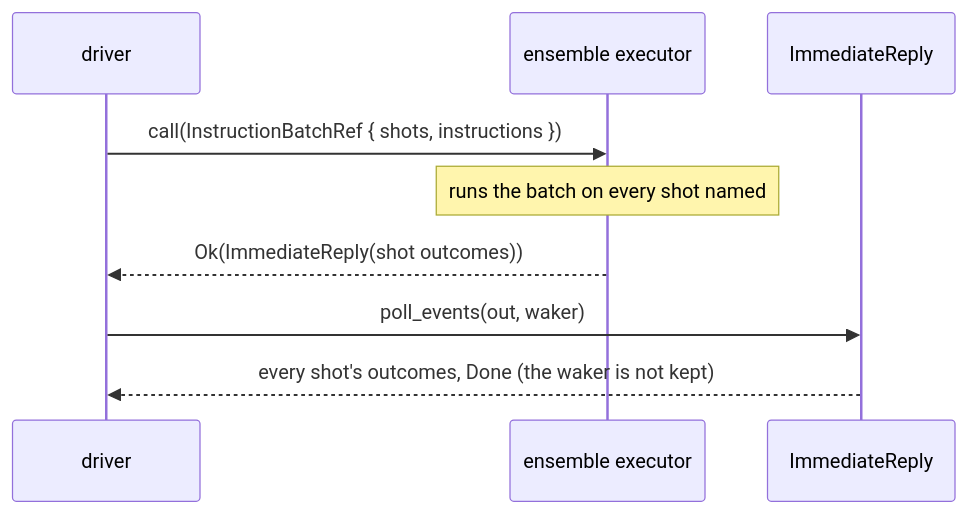
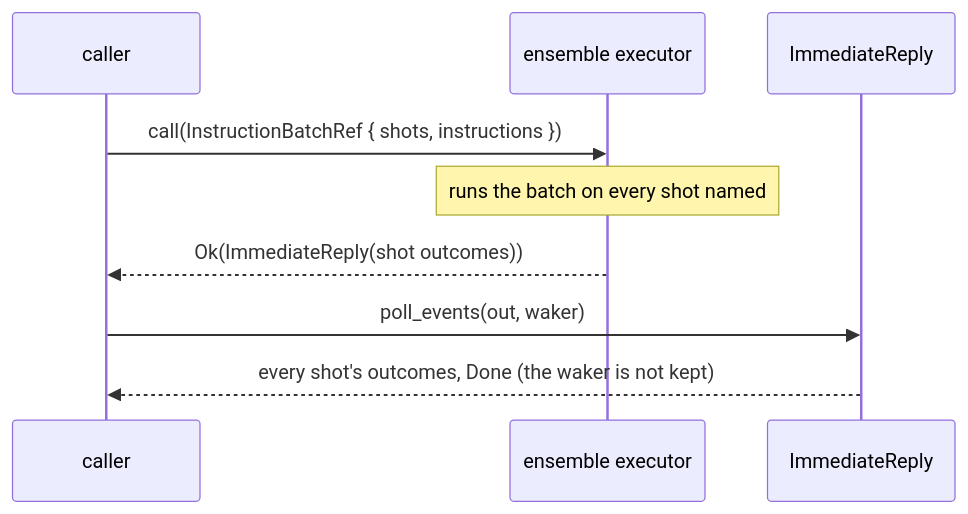
The second of 2 diagrams in source/executor_protocol/docs/internals/executors.md (microsoft/qdk), drawn with Mermaid before and after one commit. The commit also changed other lines of this file and 34 other files, not shown here.

````diff
--- a/source/executor_protocol/docs/internals/executors.md
+++ b/source/executor_protocol/docs/internals/executors.md
@@ -594,11 +594,11 @@
 ```mermaid
 sequenceDiagram
-  participant D as driver
+  participant D as caller
   participant E as ensemble executor
   participant R as ImmediateReply
   D->>E: call(InstructionBatchRef { shots, instructions })
   Note over E: runs the batch on every shot named
   E-->>D: Ok(ImmediateReply(shot outcomes))
   D->>R: poll_events(out, waker)
   R-->>D: every shot's outcomes, Done (the waker is not kept)
 ```
````
